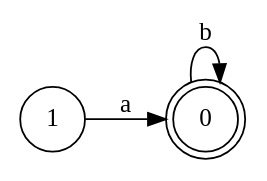
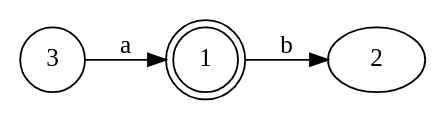
Before and after one commit to ZiadSheriif/AutoMajestic: the diagram in output/min-dfa/min-dfa_1.gv, drawn with Graphviz. The commit also changed 9 other files, not shown here.

```diff
--- a/output/min-dfa/min-dfa_1.gv
+++ b/output/min-dfa/min-dfa_1.gv
@@ -1,7 +1,7 @@
 digraph MIN_DFA {
-	0 [shape=doublecircle]
-	0 -> 0 [label=b]
-	1 [shape=circle]
-	1 -> 0 [label=a]
+	1 [shape=doublecircle]
+	1 -> 2 [label=b]
+	3 [shape=circle]
+	3 -> 1 [label=a]
 	rankdir=LR
 }
```
